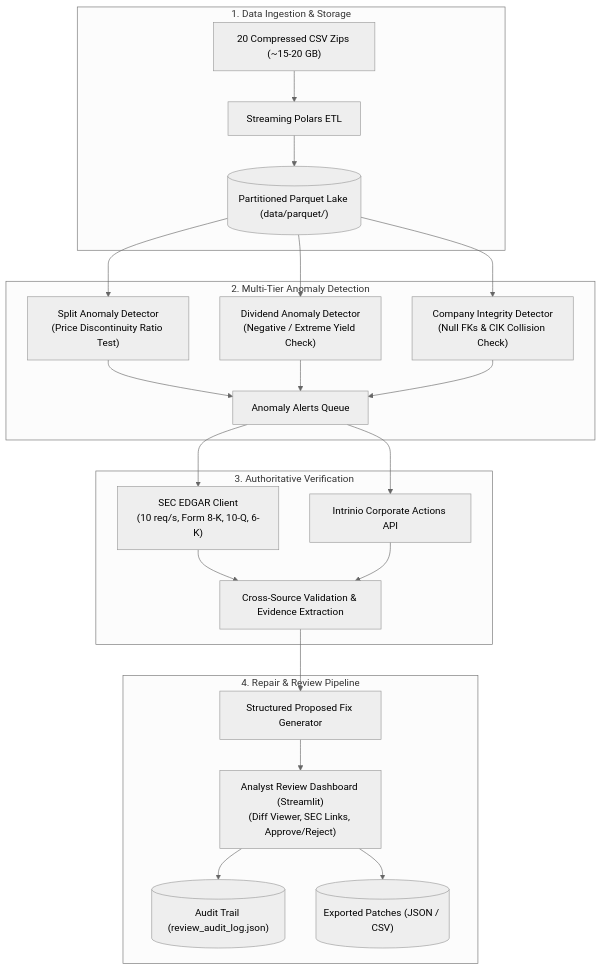
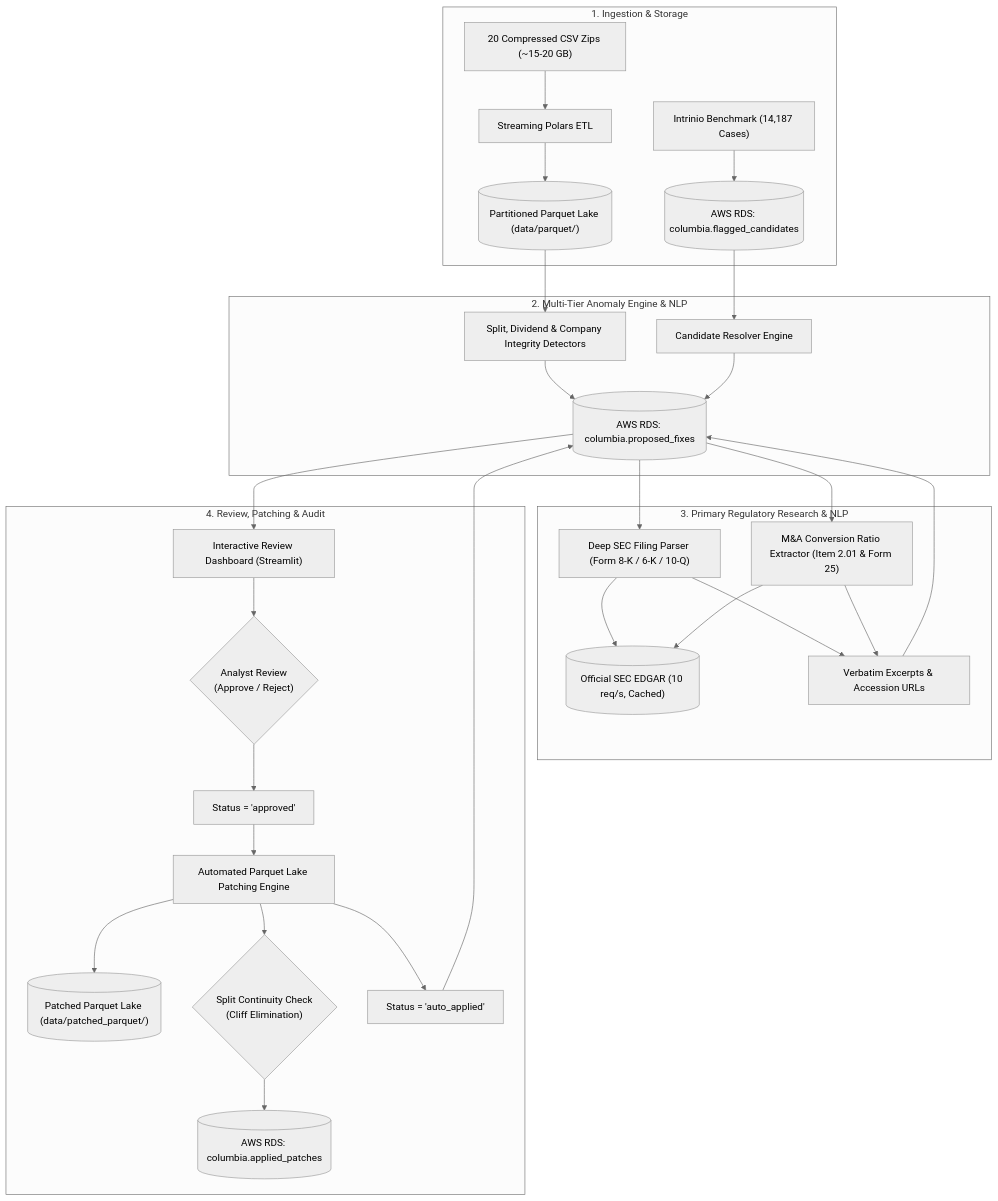
The diagram in README.md (iAyon/corporate-action-integrity-repair), drawn with Mermaid (neutral theme) before and after one commit. The commit also changed other lines of this file, not shown here.

Commit message:
docs: comprehensive update to README covering AWS RDS, 14k benchmark ingestion, 6 benchmark solutions, M&A extractor, and lake patch engine

````diff
--- a/README.md
+++ b/README.md
@@ -30,31 +48,37 @@
 ```mermaid
 flowchart TD
-    subgraph Ingestion["1. Data Ingestion & Storage"]
-        Raw["20 Compressed CSV Zips (~15-20 GB)"] --> PolarsETL["Streaming Polars ETL"]
+    subgraph Ingestion["1. Ingestion & Storage"]
+        RawZips["20 Compressed CSV Zips (~15-20 GB)"] --> PolarsETL["Streaming Polars ETL"]
         PolarsETL --> ParquetLake[("Partitioned Parquet Lake (data/parquet/)")]
+        ExcelBenchmark["Intrinio Benchmark (14,187 Cases)"] --> PG_Candidates[("AWS RDS: columbia.flagged_candidates")]
     end
 
-    subgraph Detection["2. Multi-Tier Anomaly Detection"]
-        ParquetLake --> SplitDetector["Split Anomaly Detector\n(Price Discontinuity Ratio Test)"]
-        ParquetLake --> DividendDetector["Dividend Anomaly Detector\n(Negative / Extreme Yield Check)"]
-        ParquetLake --> CompanyDetector["Company Integrity Detector\n(Null FKs & CIK Collision Check)"]
-        
-        SplitDetector --> AlertQueue["Anomaly Alerts Queue"]
-        DividendDetector --> AlertQueue
-        CompanyDetector --> AlertQueue
+    subgraph Detection["2. Multi-Tier Anomaly Engine & NLP"]
+        ParquetLake --> AnomalyDetectors["Split, Dividend & Company Integrity Detectors"]
+        PG_Candidates --> CandidateResolver["Candidate Resolver Engine"]
+        AnomalyDetectors --> ProposedFixes[("AWS RDS: columbia.proposed_fixes")]
+        CandidateResolver --> ProposedFixes
     end
 
-    subgraph Research["3. Authoritative Verification"]
-        AlertQueue --> SECClient["SEC EDGAR Client\n(10 req/s, Form 8-K, 10-Q, 6-K)"]
-        AlertQueue --> Intrinio["Intrinio Corporate Actions API"]
-        SECClient --> CrossValidation["Cross-Source Validation & Evidence Extraction"]
-        Intrinio --> CrossValidation
+    subgraph Research["3. Primary Regulatory Research & NLP"]
+        ProposedFixes --> SECParser["Deep SEC Filing Parser (Form 8-K / 6-K / 10-Q)"]
+        ProposedFixes --> MAExtractor["M&A Conversion Ratio Extractor (Item 2.01 & Form 25)"]
+        SECParser --> SEC_EDGAR[("Official SEC EDGAR (10 req/s, Cached)")]
+        MAExtractor --> SEC_EDGAR
+        SECParser --> EnrichedFixes["Verbatim Excerpts & Accession URLs"]
+        MAExtractor --> EnrichedFixes
+        EnrichedFixes --> ProposedFixes
     end
 
-    subgraph ReviewAndRepair["4. Repair & Review Pipeline"]
-        CrossValidation --> FixGenerator["Structured Proposed Fix Generator"]
-        FixGenerator --> StreamlitUI["Analyst Review Dashboard (Streamlit)\n(Diff Viewer, SEC Links, Approve/Reject)"]
-        StreamlitUI --> AuditLog[("Audit Trail (review_audit_log.json)")]
-        StreamlitUI --> ExportPatches[("Exported Patches (JSON / CSV)")]
+    subgraph ReviewAndRepair["4. Review, Patching & Audit"]
+        ProposedFixes --> StreamlitApp["Interactive Review Dashboard (Streamlit)"]
+        StreamlitApp --> HumanReview{"Analyst Review\n(Approve / Reject)"}
+        HumanReview --> ApprovedQueue["Status = 'approved'"]
+        ApprovedQueue --> PatchEngine["Automated Parquet Lake Patching Engine"]
+        PatchEngine --> PatchedLake[("Patched Parquet Lake (data/patched_parquet/)")]
+        PatchEngine --> ContinuityCheck{"Split Continuity Check\n(Cliff Elimination)"}
+        ContinuityCheck --> AuditLog[("AWS RDS: columbia.applied_patches")]
+        PatchEngine --> StatusUpdate["Status = 'auto_applied'"]
+        StatusUpdate --> ProposedFixes
     end
 ```
````
